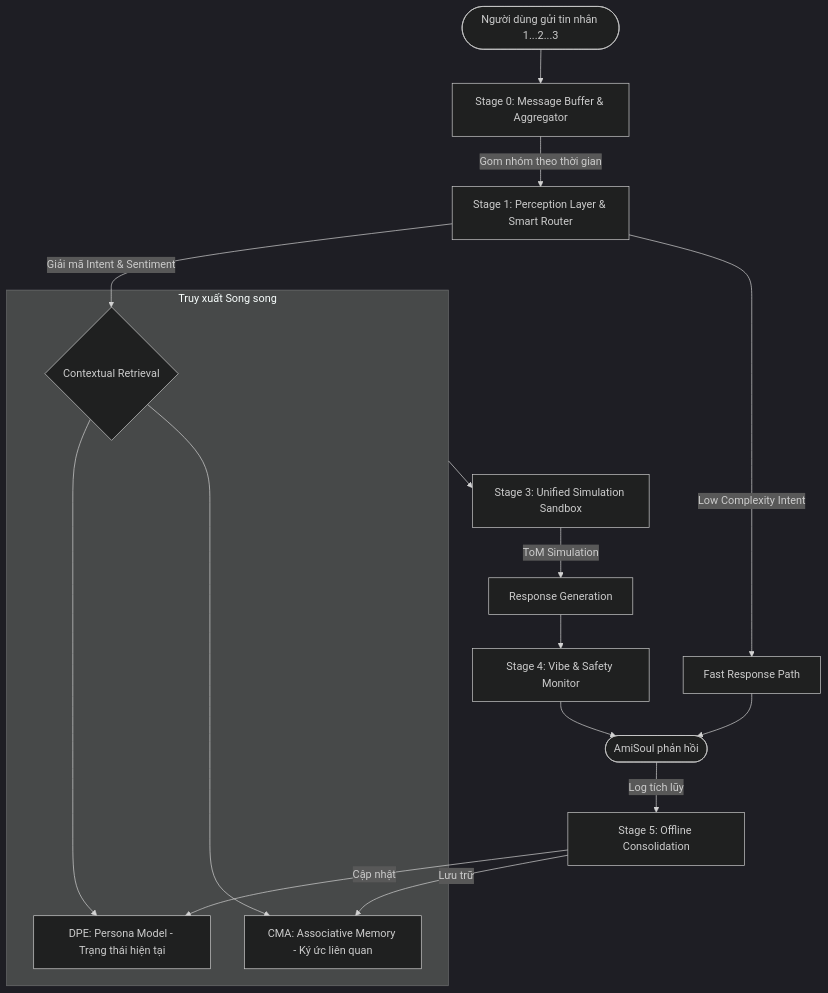
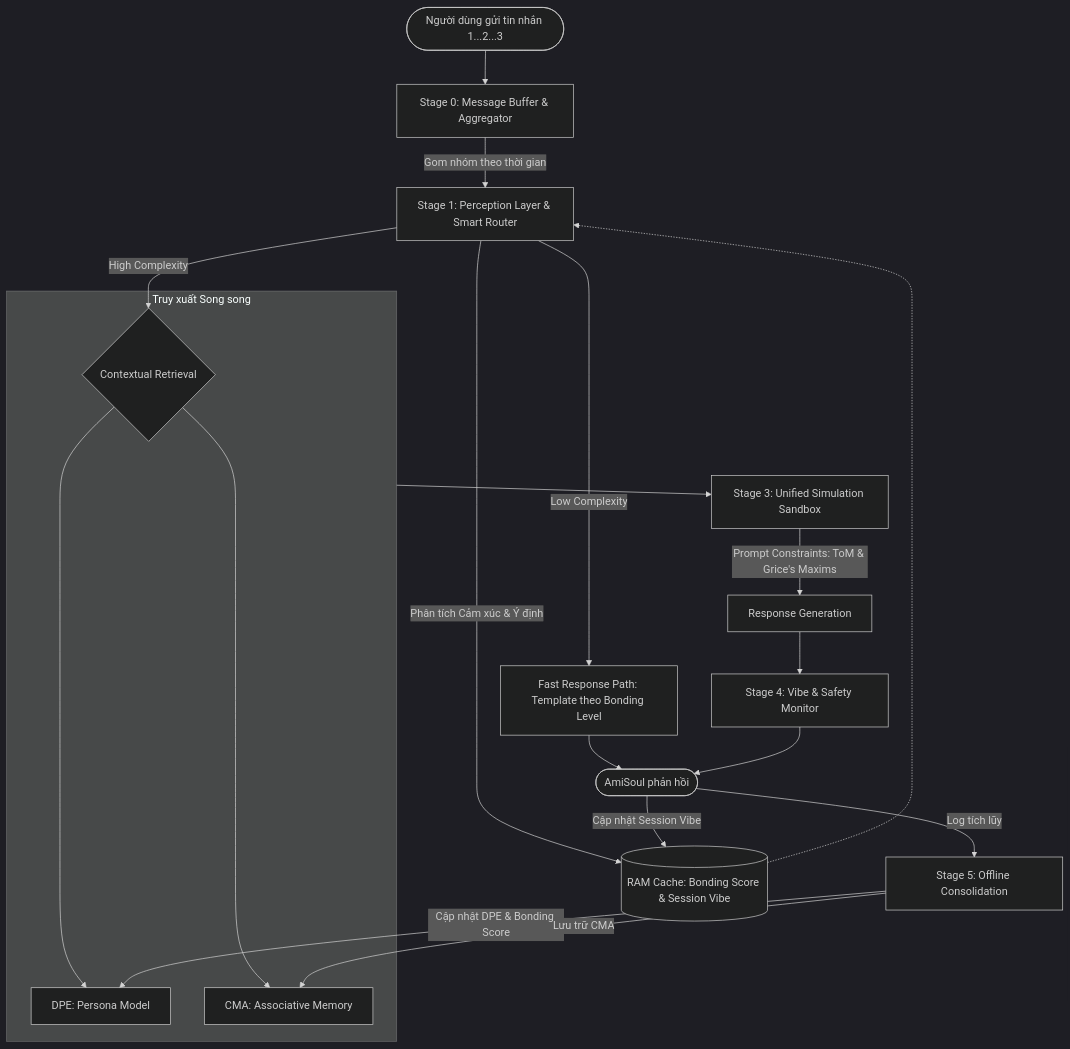
The diagram in docs/method/unified_system_design.md (TCTri205/AmiSoul), drawn with Mermaid (dark theme) before and after one commit. The commit also changed other lines of this file, not shown here.

````diff
--- a/docs/method/unified_system_design.md
+++ b/docs/method/unified_system_design.md
@@ -11,32 +11,35 @@
 ```mermaid
 graph TD
     %% Tầng Tiền xử lý (Stage 0)
     Input([Người dùng gửi tin nhắn 1...2...3]) --> B0[Stage 0: Message Buffer & Aggregator]
     B0 -->|Gom nhóm theo thời gian| P1[Stage 1: Perception Layer & Smart Router]
     
-    %% Giai đoạn 1: Tiếp nhận
-    P1 -->|Giải mã Intent & Sentiment| P2{Contextual Retrieval}
+    %% Giai đoạn 1: Tiếp nhận & Điều hướng
+    P1 -->|Phân tích Cảm xúc & Ý định| Cache[(RAM Cache: Bonding Score & Session Vibe)]
+    Cache -.-> P1
     
     %% Cơ chế Fast Response
-    P1 -->|Low Complexity Intent| FR[Fast Response Path]
+    P1 -->|Low Complexity| FR[Fast Response Path: Template theo Bonding Level]
     FR --> Output
     
-    %% Giai đoạn 2: Truy xuất (Chạy song song)
+    %% Giai đoạn 2: Truy xuất 
+    P1 -->|High Complexity| P2{Contextual Retrieval}
     subgraph Parallel_Retrieval [Truy xuất Song song]
-        P2 --> R1[DPE: Persona Model - Trạng thái hiện tại]
-        P2 --> R2[CMA: Associative Memory - Ký ức liên quan]
+        P2 --> R1[DPE: Persona Model]
+        P2 --> R2[CMA: Associative Memory]
     end
     
-    %% Giai đoạn 3: Xử lý Trung tâm
+    %% Giai đoạn 3: Xử lý Trung tâm (Single-Pass)
     Parallel_Retrieval --> S1[Stage 3: Unified Simulation Sandbox]
-    S1 -->|ToM Simulation| S2[Response Generation]
+    S1 -->|Prompt Constraints: ToM & Grice's Maxims| S2[Response Generation]
     
     %% Giai đoạn 4: Giám sát
     S2 --> M1[Stage 4: Vibe & Safety Monitor]
     M1 --> Output([AmiSoul phản hồi])
     
     %% Vòng lặp Offline
+    Output -->|Cập nhật Session Vibe| Cache
     Output -->|Log tích lũy| O1[Stage 5: Offline Consolidation]
-    O1 -->|Cập nhật| R1
-    O1 -->|Lưu trữ| R2
+    O1 -->|Cập nhật DPE & Bonding Score| R1
+    O1 -->|Lưu trữ CMA| R2
 ```
````
